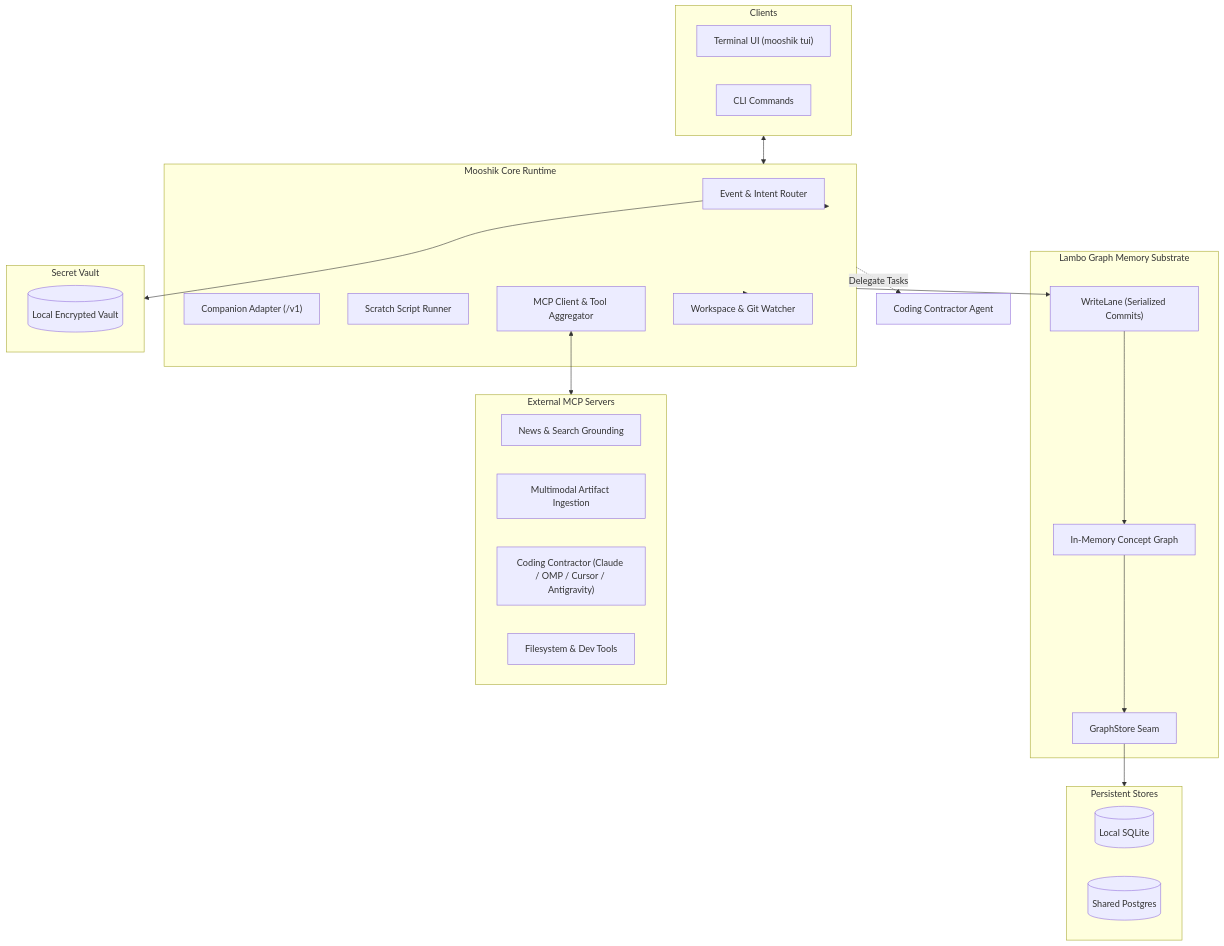
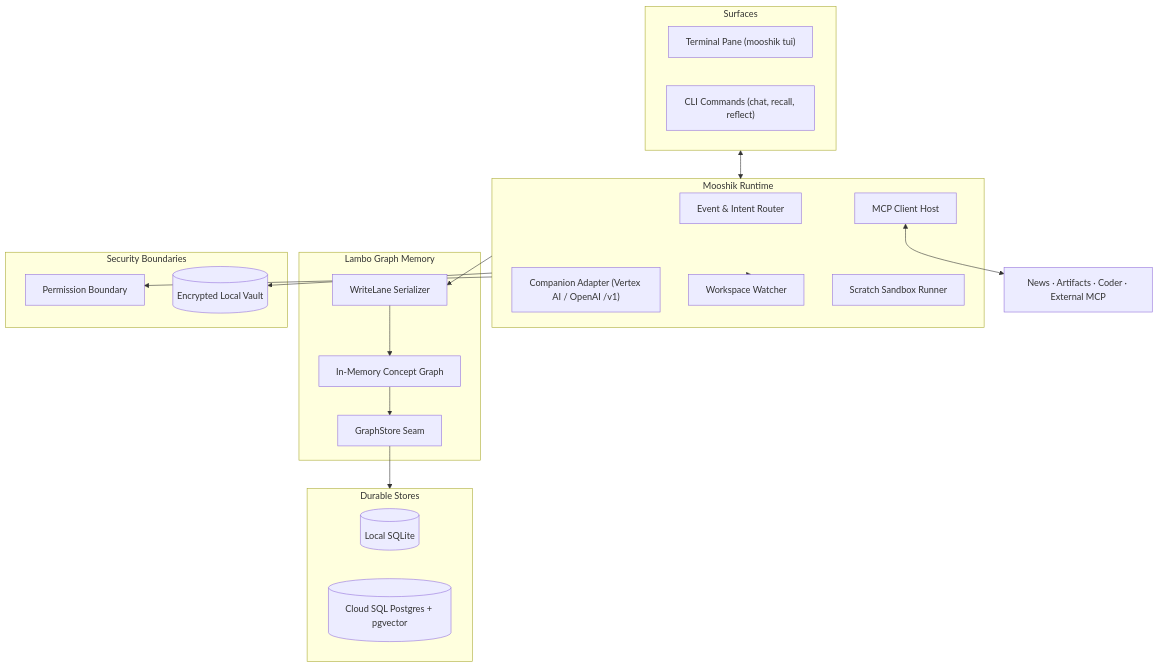
The diagram in README.md (nrynss/mooshik), drawn with Mermaid before and after one commit. The commit also changed other lines of this file, not shown here.

Commit message:
docs: rewrite README with ambient positioning, Lambo memory, and hackathon matrix

````diff
--- a/README.md
+++ b/README.md
@@ -14,45 +57,38 @@
 ```mermaid
 graph TB
-    subgraph Clients ["Clients"]
-        TUI["Terminal UI (mooshik tui)"]
-        CLI["CLI Commands"]
+    subgraph UI ["Surfaces"]
+        TUI["Terminal Pane (mooshik tui)"]
+        CLI["CLI Commands (chat, recall, reflect)"]
     end
 
-    subgraph Core ["Mooshik Core Runtime"]
+    subgraph Core ["Mooshik Runtime"]
         Router["Event & Intent Router"]
-        Companion["Companion Adapter (/v1)"]
-        Scratch["Scratch Script Runner"]
-        MCPHost["MCP Client & Tool Aggregator"]
-        Watcher["Workspace & Git Watcher"]
+        Companion["Companion Adapter (Vertex AI / OpenAI /v1)"]
+        Watcher["Workspace Watcher"]
+        MCPHost["MCP Client Host"]
+        Runner["Scratch Sandbox Runner"]
     end
 
-    subgraph Memory ["Lambo Graph Memory Substrate"]
+    subgraph Memory ["Lambo Graph Memory"]
         Graph["In-Memory Concept Graph"]
-        WriteLane["WriteLane (Serialized Commits)"]
-        Seam["GraphStore Seam"]
+        WriteLane["WriteLane Serializer"]
+        StoreSeam["GraphStore Seam"]
     end
 
-    subgraph Vault ["Secret Vault"]
-        V[("Local Encrypted Vault")]
+    subgraph Security ["Security Boundaries"]
+        Vault[("Encrypted Local Vault")]
+        Grants["Permission Boundary"]
     end
 
-    subgraph Stores ["Persistent Stores"]
+    subgraph Storage ["Durable Stores"]
         SQLite[("Local SQLite")]
-        PG[("Shared Postgres")]
+        Postgres[("Cloud SQL Postgres + pgvector")]
     end
 
-    subgraph MCPServers ["External MCP Servers"]
-        News["News & Search Grounding"]
-        Artifacts["Multimodal Artifact Ingestion"]
-        Coder["Coding Contractor (Claude / OMP / Cursor / Antigravity)"]
-        Tools["Filesystem & Dev Tools"]
-    end
-
-    Clients <--> Core
-    Core --> Router
-    Router --> Vault
-    Core --> WriteLane --> Graph --> Seam --> Stores
+    UI <--> Core
+    Core --> Grants
+    Core --> Vault
     Core --> Watcher
-    MCPHost <--> MCPServers
-    Core -.->|Delegate Tasks| Coding["Coding Contractor Agent"]
+    Core --> WriteLane --> Graph --> StoreSeam --> Storage
+    MCPHost <--> Servers["News · Artifacts · Coder · External MCP"]
 ```
````
